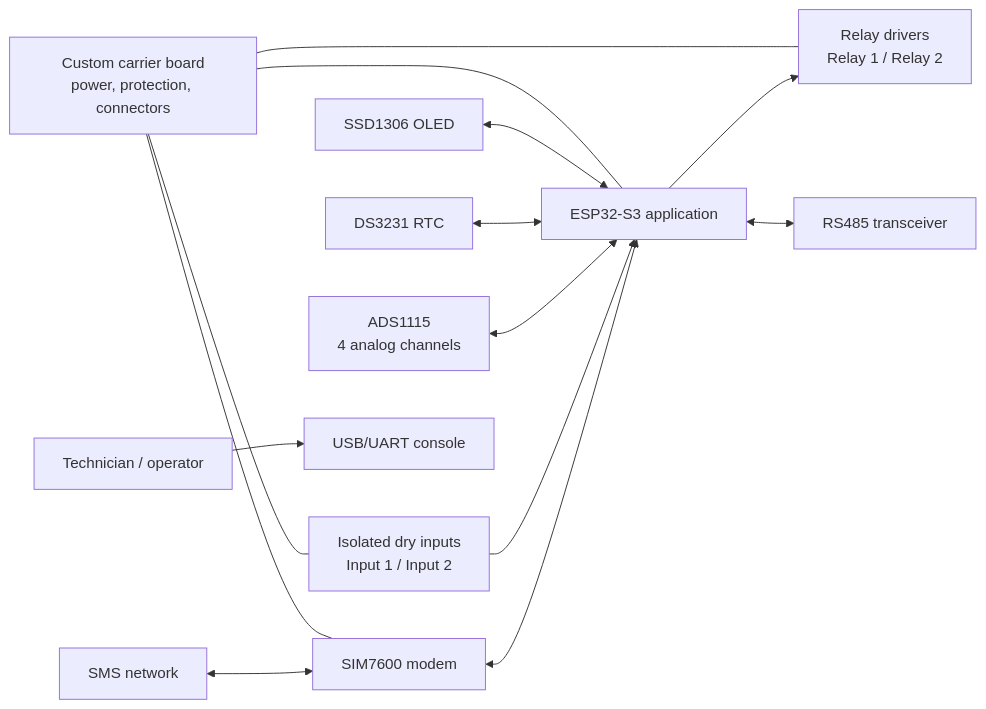
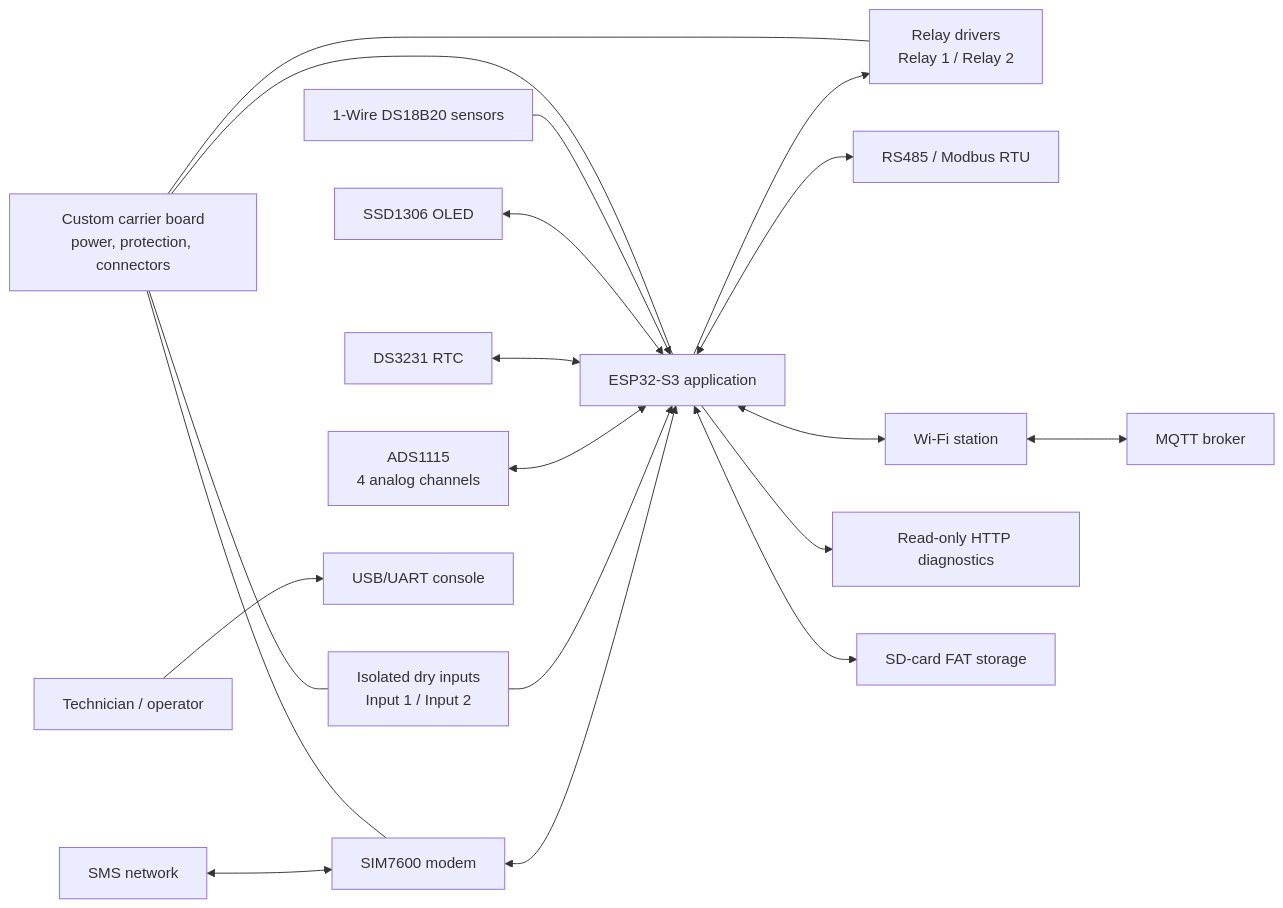
Before and after one commit to mahdi-benhassen/Esp32s3_sim4G_controller: the first of 2 diagrams in docs/system-architecture.md, drawn with Mermaid. The commit also changed other lines of this file and 25 other files, not shown here.

````diff
--- a/docs/system-architecture.md
+++ b/docs/system-architecture.md
@@ -13,29 +13,39 @@
 ```mermaid
 flowchart LR
     operator[Technician / operator]
     sms[SMS network]
     modem[SIM7600 modem]
     esp[ESP32-S3 application]
     relay[Relay drivers\nRelay 1 / Relay 2]
     inputs[Isolated dry inputs\nInput 1 / Input 2]
     analog[ADS1115\n4 analog channels]
     rtc[DS3231 RTC]
     oled[SSD1306 OLED]
-    rs485[RS485 transceiver]
+    rs485[RS485 / Modbus RTU]
+    wifi[Wi-Fi station]
+    mqtt[MQTT broker]
+    http[Read-only HTTP diagnostics]
+    onewire[1-Wire DS18B20 sensors]
+    sd[SD-card FAT storage]
     console[USB/UART console]
     board[Custom carrier board\npower, protection, connectors]
 
     operator --> console
     sms <--> modem
     modem <--> esp
     esp --> relay
     inputs --> esp
     analog <--> esp
     rtc <--> esp
     oled <--> esp
     esp <--> rs485
+    esp <--> wifi
+    wifi <--> mqtt
+    esp --> http
+    onewire --> esp
+    esp <--> sd
     board --- esp
     board --- relay
     board --- inputs
     board --- modem
 ```
````
